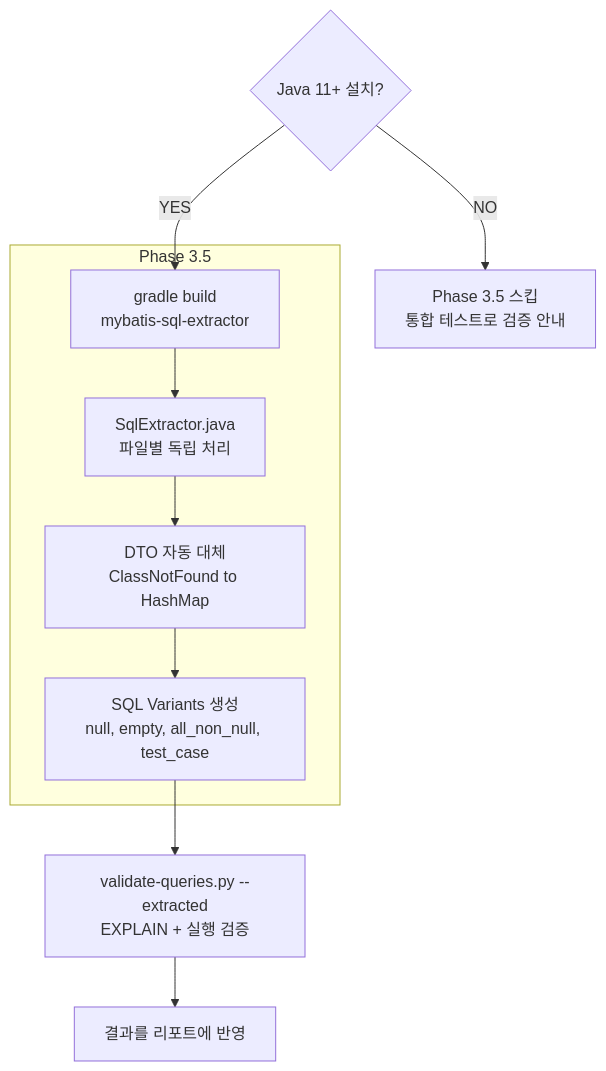
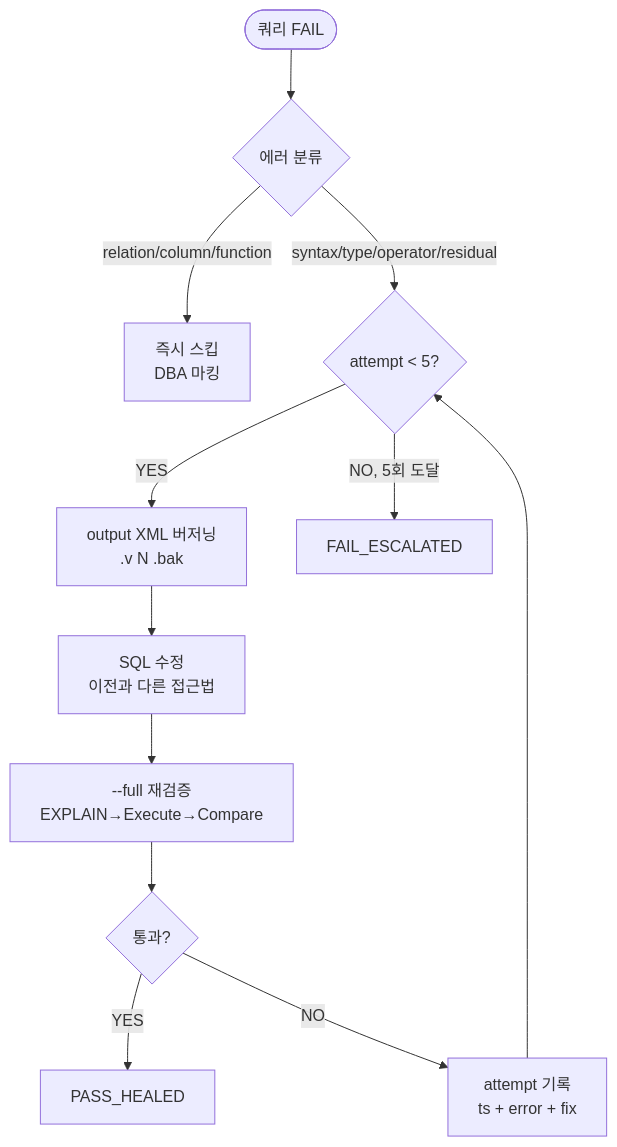
Before and after one commit to netsgo0319/oma-claude-code: the fourth of 4 diagrams in docs/architecture.md, drawn with Mermaid. The commit also changed other lines of this file and 1 other file, not shown here.

````diff
--- a/docs/architecture.md
+++ b/docs/architecture.md
@@ -463,20 +183,17 @@
 ```mermaid
 flowchart TD
-    Start{Java 11+ 설치?}
-    Start -->|NO| Skip[Phase 3.5 스킵\n통합 테스트로 검증 안내]
-    Start -->|YES| Build
+    Start([쿼리 FAIL]) --> Classify{에러 분류}
 
-    subgraph Phase35["Phase 3.5"]
-        Build[gradle build\nmybatis-sql-extractor]
-        Extract[SqlExtractor.java\n파일별 독립 처리]
-        DTO[DTO 자동 대체\nClassNotFound to HashMap]
-        Variants[SQL Variants 생성\nnull, empty, all_non_null, test_case]
+    Classify -->|relation/column/function| Skip[즉시 스킵\nDBA 마킹]
+    Classify -->|syntax/type/operator/residual| Loop{attempt < 5?}
 
-        Build --> Extract
-        Extract --> DTO
-        DTO --> Variants
-    end
+    Loop -->|YES| Backup[output XML 버저닝\n.v N .bak]
+    Backup --> Fix[SQL 수정\n이전과 다른 접근법]
+    Fix --> Revalidate[--full 재검증\nEXPLAIN→Execute→Compare]
+    Revalidate --> Check{통과?}
+    Check -->|YES| Healed[PASS_HEALED]
+    Check -->|NO| Log[attempt 기록\nts + error + fix]
+    Log --> Loop
 
-    Variants --> Validate[validate-queries.py --extracted\nEXPLAIN + 실행 검증]
-    Validate --> Report[결과를 리포트에 반영]
+    Loop -->|NO, 5회 도달| Escalated[FAIL_ESCALATED]
 ```
````
